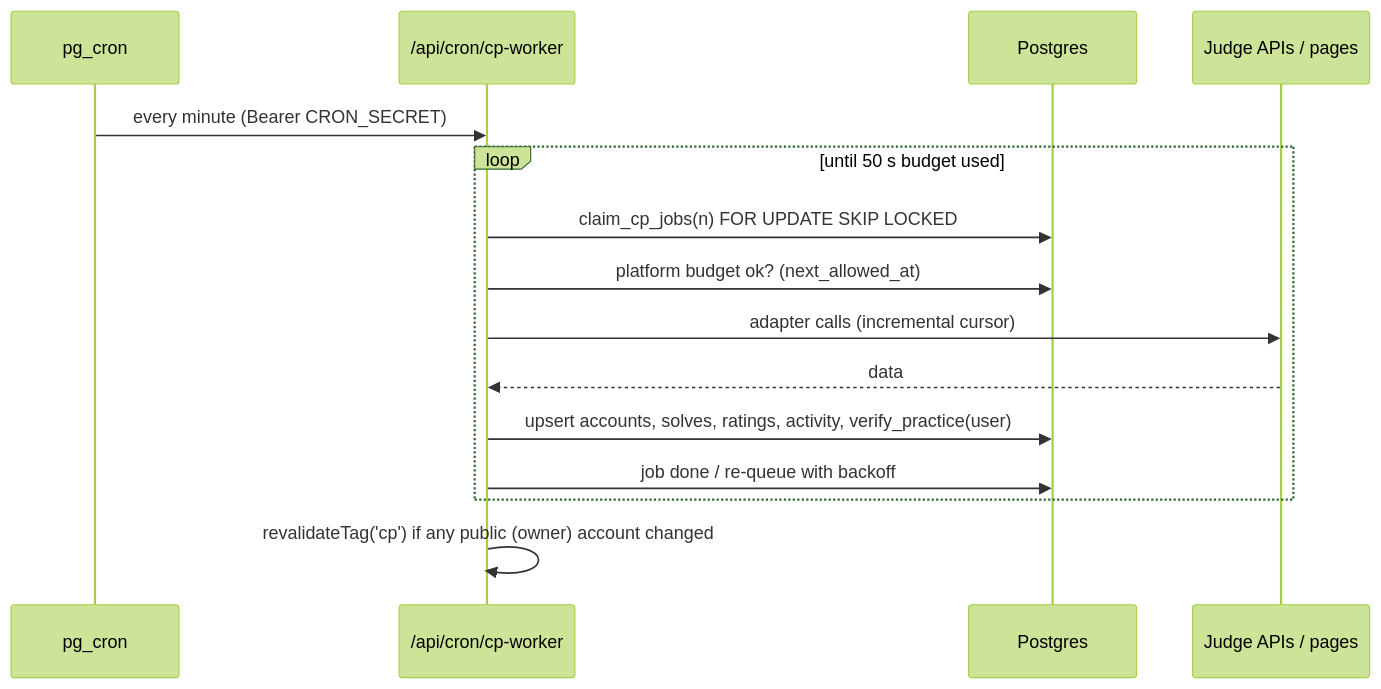
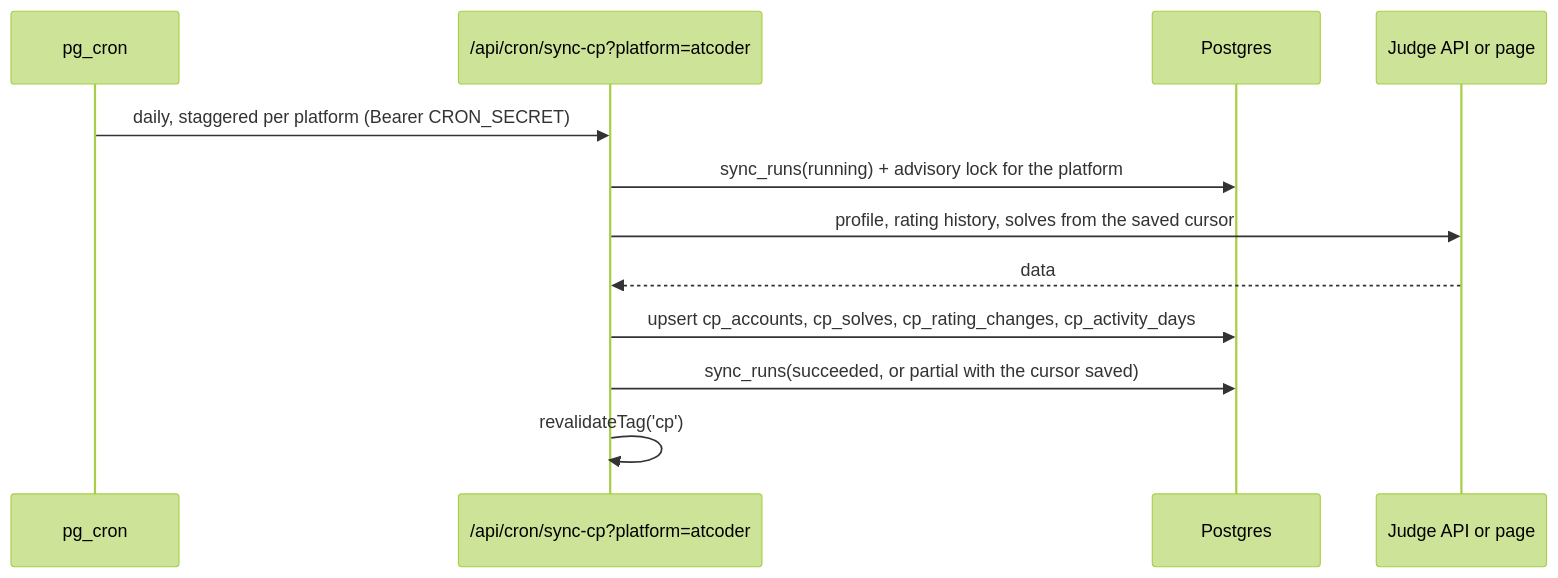
One commit to eyasir329/portfolio changed the sixth of 6 diagrams in docs/06-system-architecture.md. Above: the diagram before and after it, drawn with Mermaid (forest theme). The commit also changed other lines of this file and 24 other files, not shown here.

````diff
--- a/docs/06-system-architecture.md
+++ b/docs/06-system-architecture.md
@@ -196,17 +199,14 @@
 ```mermaid
 sequenceDiagram
   participant Cron as pg_cron
-  participant W as /api/cron/cp-worker
+  participant R as /api/cron/sync-cp?platform=atcoder
   participant DB as Postgres
-  participant J as Judge APIs / pages
-  Cron->>W: every minute (Bearer CRON_SECRET)
-  loop until 50 s budget used
-    W->>DB: claim_cp_jobs(n) FOR UPDATE SKIP LOCKED
-    W->>DB: platform budget ok? (next_allowed_at)
-    W->>J: adapter calls (incremental cursor)
-    J-->>W: data
-    W->>DB: upsert accounts, solves, ratings, activity, verify_practice(user)
-    W->>DB: job done / re-queue with backoff
-  end
-  W->>W: revalidateTag('cp') if any public (owner) account changed
+  participant J as Judge API or page
+  Cron->>R: daily, staggered per platform (Bearer CRON_SECRET)
+  R->>DB: sync_runs(running) + advisory lock for the platform
+  R->>J: profile, rating history, solves from the saved cursor
+  J-->>R: data
+  R->>DB: upsert cp_accounts, cp_solves, cp_rating_changes, cp_activity_days
+  R->>DB: sync_runs(succeeded, or partial with the cursor saved)
+  R->>R: revalidateTag('cp')
 ```
````
